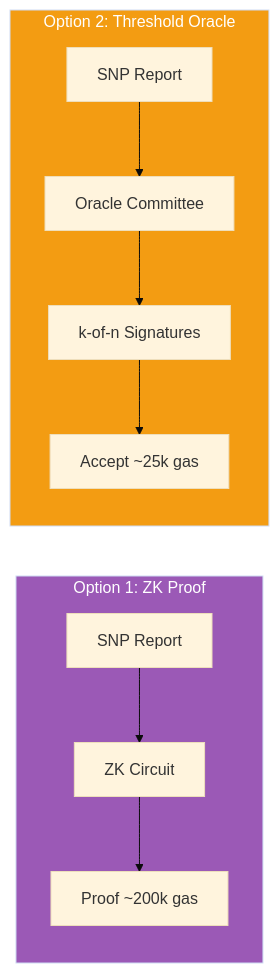
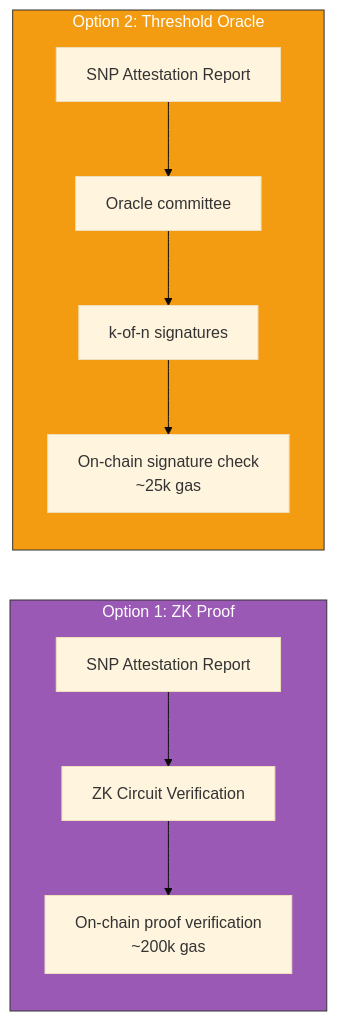
Before and after one commit to V-k-h/roots-of-trust: the fourth of 12 diagrams in posts/04-cross-platform-attestation.md, drawn with Mermaid (base theme). The commit also changed other lines of this file, not shown here.

First line of the commit message:
Improve clarity and formatting in cross-platform attestation post

````diff
--- a/posts/04-cross-platform-attestation.md
+++ b/posts/04-cross-platform-attestation.md
@@ -129,16 +139,23 @@
 ```mermaid
+
 flowchart LR
     subgraph ZK["Option 1: ZK Proof"]
-        Report1[SNP Report] --> ZKCircuit[ZK Circuit]
-        ZKCircuit --> Proof[Proof ~200k gas]
+        Report1["SNP Attestation Report"]
+        ZKCircuit["ZK Circuit Verification"]
+        Proof["On-chain proof verification<br>~200k gas"]
+
+        Report1 --> ZKCircuit --> Proof
     end
     
     subgraph Oracle["Option 2: Threshold Oracle"]
-        Report2[SNP Report] --> Oracles[Oracle Committee]
-        Oracles --> Threshold[k-of-n Signatures]
-        Threshold --> Accept[Accept ~25k gas]
+        Report2["SNP Attestation Report"]
+        Oracles["Oracle committee"]
+        Threshold["k-of-n signatures"]
+        Accept["On-chain signature check<br>~25k gas"]
+
+        Report2 --> Oracles --> Threshold --> Accept
     end
     
-    style ZK fill:#9b59b6,color:#fff
-    style Oracle fill:#f39c12,color:#fff
+    style ZK fill:#9b59b6,color:#fff,stroke:#333,stroke-width:1px
+    style Oracle fill:#f39c12,color:#fff,stroke:#333,stroke-width:1px
 ```
````
